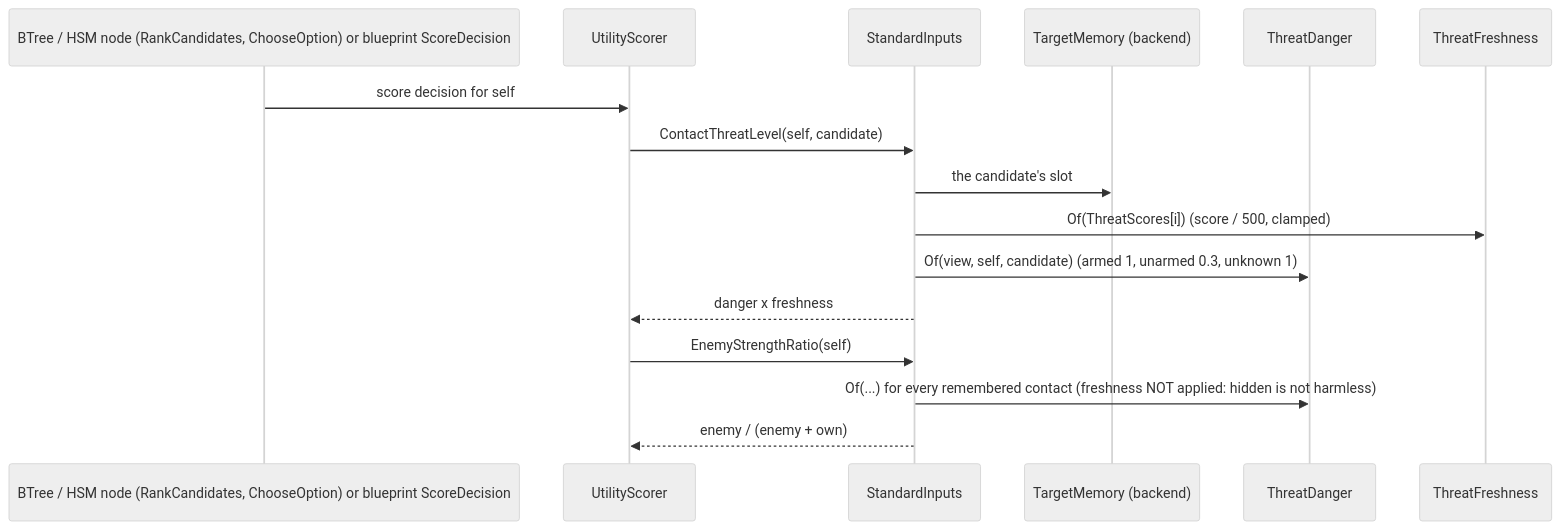
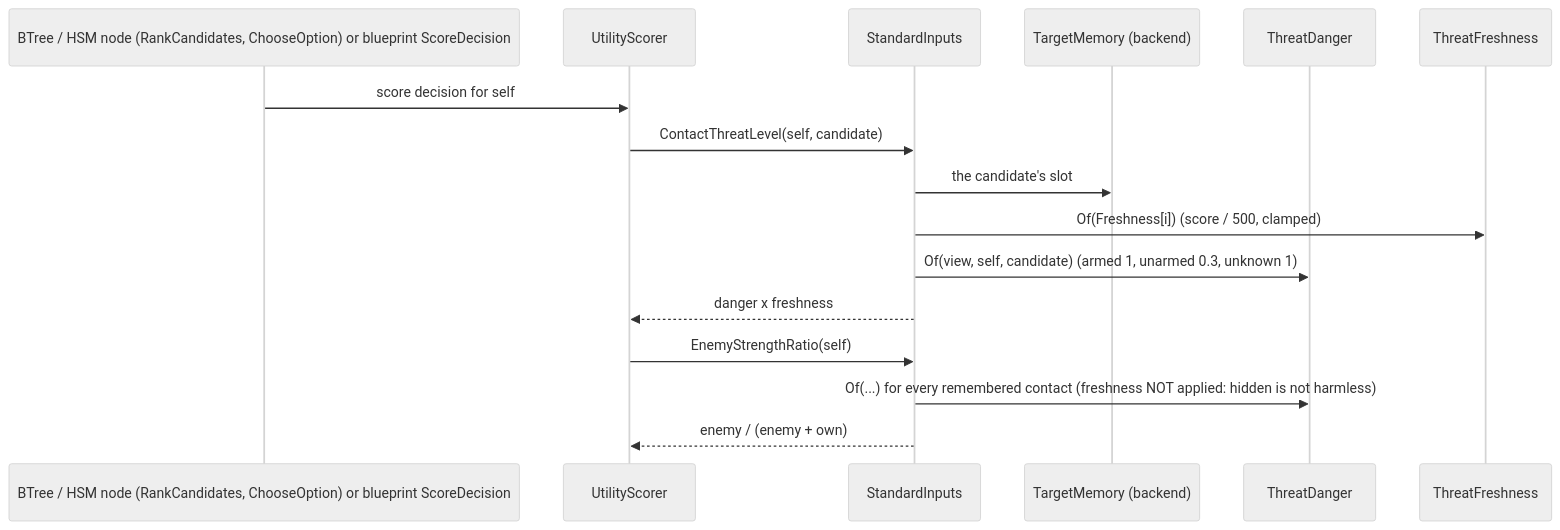
Before and after one commit to pjanec/HROT: diagram 27 of 29 in docs/DESIGN_Sensors_And_Doctrine.md, drawn with Mermaid (neutral theme). The commit also changed other lines of this file and 33 other files, not shown here.

First line of the commit message:
CE-3054 A: rename TargetMemory.ThreatScores -> Freshness (Roslyn)

````diff
--- a/docs/DESIGN_Sensors_And_Doctrine.md
+++ b/docs/DESIGN_Sensors_And_Doctrine.md
@@ -1118,18 +1118,18 @@
 ```mermaid
 sequenceDiagram
   participant N as BTree / HSM node (RankCandidates, ChooseOption) or blueprint ScoreDecision
   participant S as UtilityScorer
   participant I as StandardInputs
   participant M as TargetMemory (backend)
   participant D as ThreatDanger
   participant F as ThreatFreshness
   N->>S: score decision for self
   S->>I: ContactThreatLevel(self, candidate)
   I->>M: the candidate's slot
-  I->>F: Of(ThreatScores[i])  (score / 500, clamped)
+  I->>F: Of(Freshness[i])  (score / 500, clamped)
   I->>D: Of(view, self, candidate)  (armed 1, unarmed 0.3, unknown 1)
   I-->>S: danger x freshness
   S->>I: EnemyStrengthRatio(self)
   I->>D: Of(...) for every remembered contact (freshness NOT applied: hidden is not harmless)
   I-->>S: enemy / (enemy + own)
 ```
````
